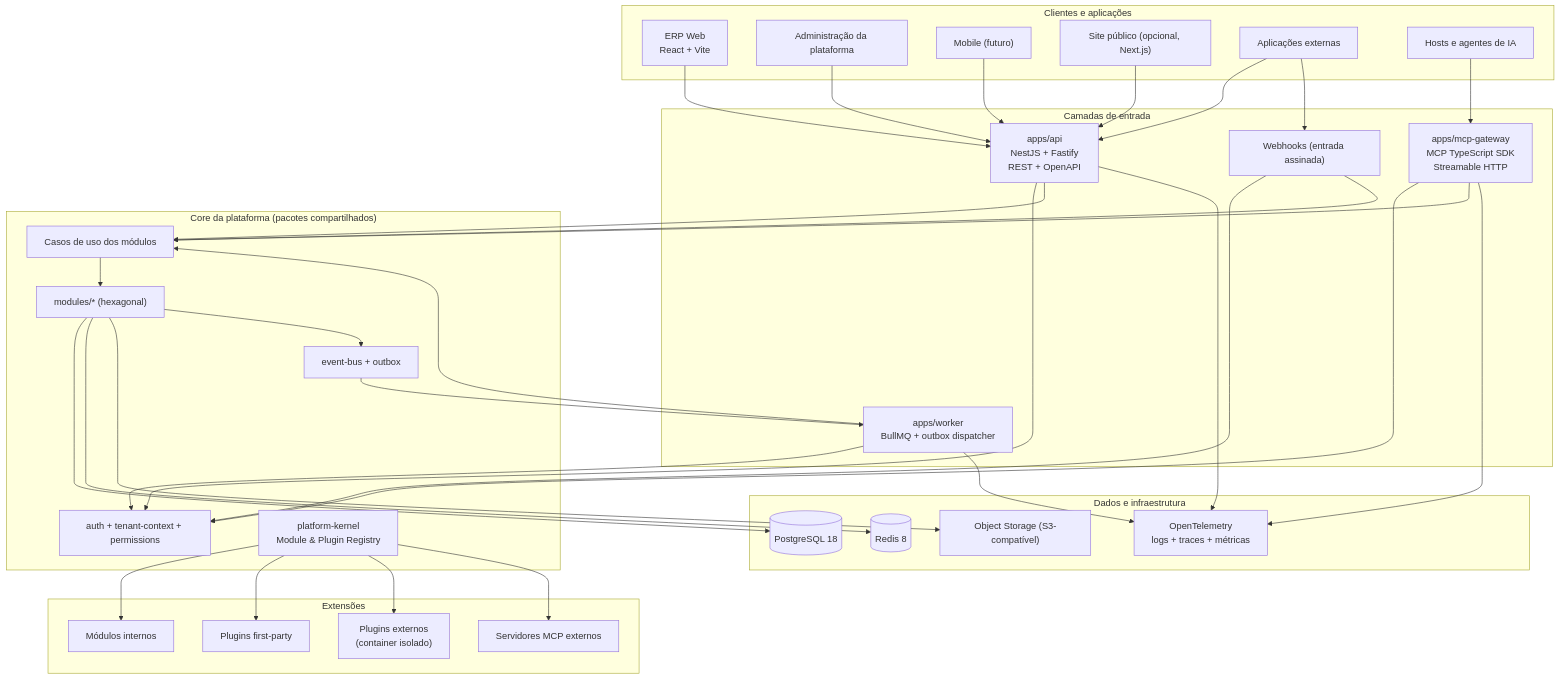
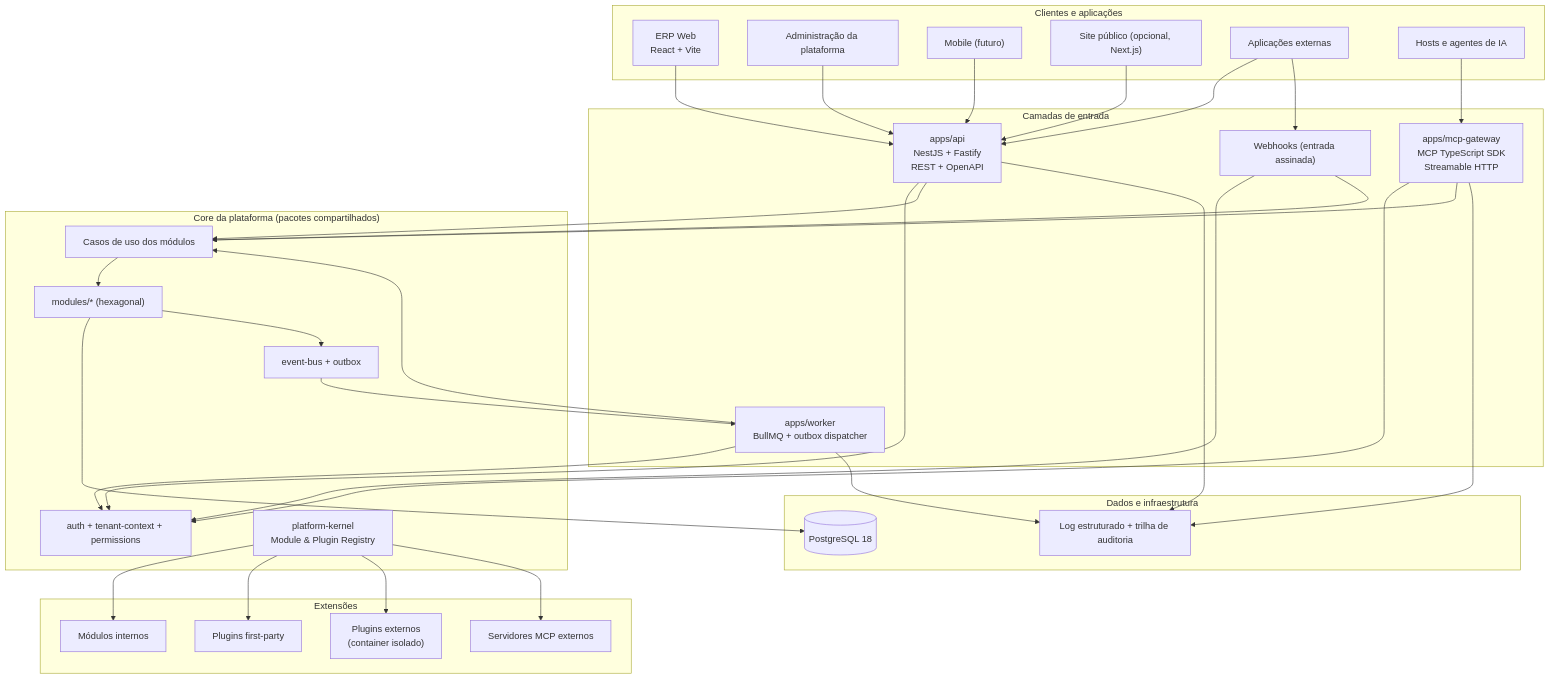
One commit to devjotaduo/ecoJotaduo changed the first of 3 diagrams in docs/architecture/container-view.md. Above: the diagram before and after it, drawn with Mermaid. The commit also changed 39 other files, not shown here.

````diff
--- a/docs/architecture/container-view.md
+++ b/docs/architecture/container-view.md
@@ -3,74 +3,70 @@
 ```mermaid
 flowchart TB
     subgraph CLIENTS["Clientes e aplicações"]
         WEB["ERP Web<br/>React + Vite"]
         ADMIN["Administração da plataforma"]
         MOBILE["Mobile (futuro)"]
         SITE["Site público (opcional, Next.js)"]
         EXTERNAL["Aplicações externas"]
         AIHOST["Hosts e agentes de IA"]
     end
 
     subgraph ENTRY["Camadas de entrada"]
         API["apps/api<br/>NestJS + Fastify<br/>REST + OpenAPI"]
         MCP["apps/mcp-gateway<br/>MCP TypeScript SDK<br/>Streamable HTTP"]
         WORKER["apps/worker<br/>BullMQ + outbox dispatcher"]
         WEBHOOKS["Webhooks (entrada assinada)"]
     end
 
     subgraph CORE["Core da plataforma (pacotes compartilhados)"]
         AUTH["auth + tenant-context + permissions"]
         USECASES["Casos de uso dos módulos"]
         MODULES["modules/* (hexagonal)"]
         REGISTRY["platform-kernel<br/>Module & Plugin Registry"]
         EVENTS["event-bus + outbox"]
     end
 
     subgraph DATA["Dados e infraestrutura"]
         POSTGRES[("PostgreSQL 18")]
-        REDIS[("Redis 8")]
-        STORAGE["Object Storage (S3-compatível)"]
-        OBS["OpenTelemetry<br/>logs + traces + métricas"]
+        OBS["Log estruturado + trilha de auditoria"]
     end
 
     subgraph PLUGINS["Extensões"]
         BUILTIN["Módulos internos"]
         FIRSTPARTY["Plugins first-party"]
         REMOTE["Plugins externos<br/>(container isolado)"]
         UPSTREAMMCP["Servidores MCP externos"]
     end
 
     WEB --> API
     ADMIN --> API
     MOBILE --> API
     SITE --> API
     EXTERNAL --> API
     EXTERNAL --> WEBHOOKS
     AIHOST --> MCP
 
     API --> AUTH
     MCP --> AUTH
     WORKER --> AUTH
     WEBHOOKS --> AUTH
 
     API --> USECASES
     MCP --> USECASES
     WORKER --> USECASES
     WEBHOOKS --> USECASES
 
     USECASES --> MODULES
     MODULES --> POSTGRES
-    MODULES --> REDIS
-    MODULES --> STORAGE
     MODULES --> EVENTS
     EVENTS --> WORKER
 
     REGISTRY --> BUILTIN
     REGISTRY --> FIRSTPARTY
     REGISTRY --> REMOTE
     REGISTRY --> UPSTREAMMCP
 
     API --> OBS
     MCP --> OBS
     WORKER --> OBS
 ```
````
